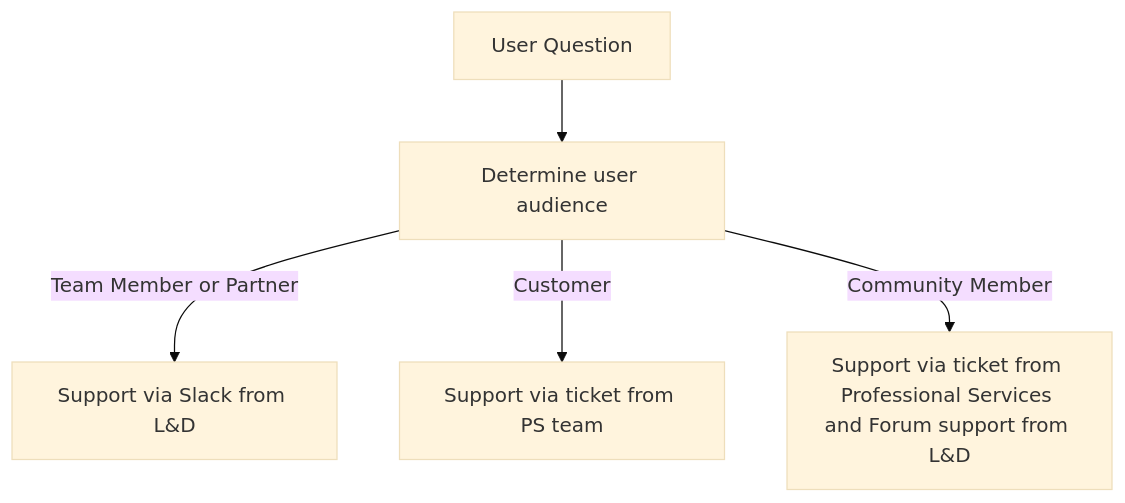
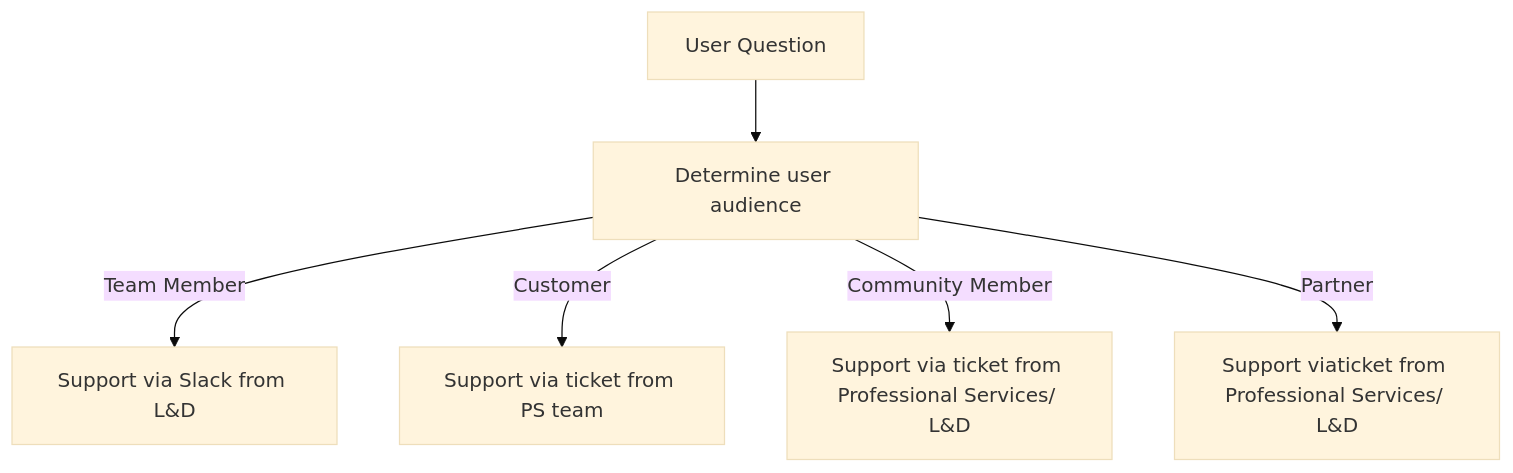
One commit to secretstartups/handbook changed the first of 2 diagrams in people-group/learning-and-development/gitlab-learn/admin/index.html.md. Above: the diagram before and after it, drawn with Mermaid (base theme). The commit also changed other lines of this file, not shown here.

Commit message:
Update GitLab Learn Support Model

````diff
--- a/people-group/learning-and-development/gitlab-learn/admin/index.html.md
+++ b/people-group/learning-and-development/gitlab-learn/admin/index.html.md
@@ -994,8 +994,9 @@
 ```mermaid
 graph TD
     A[User Question] --> B[Determine user audience]
-    B -->|Team Member or Partner| D[Support via Slack from L&D]
+    B -->|Team Member| D[Support via Slack from L&D]
     B -->|Customer| E[Support via ticket from PS team]
-    B -->|Community Member| F[Support via ticket from Professional Services and Forum support from L&D]
+    B -->|Community Member| F[Support via ticket from Professional Services/ L&D]
+    B -->|Partner| G[Support viaticket from Professional Services/ L&D]
 
 ```
````
